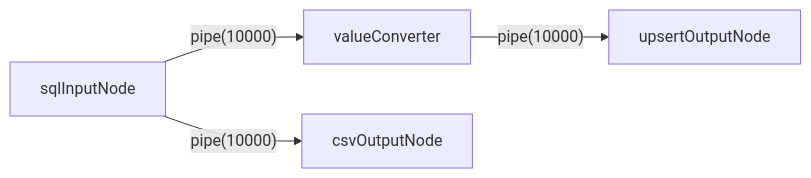
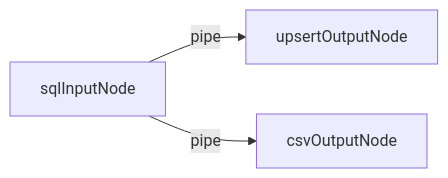
The third of 3 diagrams in README.cn.md (add2ws/etl-engine-project), drawn with Mermaid before and after one commit. The commit also changed other lines of this file and 2 other files, not shown here.

````diff
--- a/README.cn.md
+++ b/README.cn.md
@@ -84,5 +86,5 @@
 ```mermaid
 flowchart LR
-  sqlInputNode --pipe(10000)-->valueConverter --pipe(10000)--> upsertOutputNode
-  sqlInputNode --pipe(10000)--> csvOutputNode
+  sqlInputNode --pipe--> upsertOutputNode
+  sqlInputNode --pipe--> csvOutputNode
 ```
````
